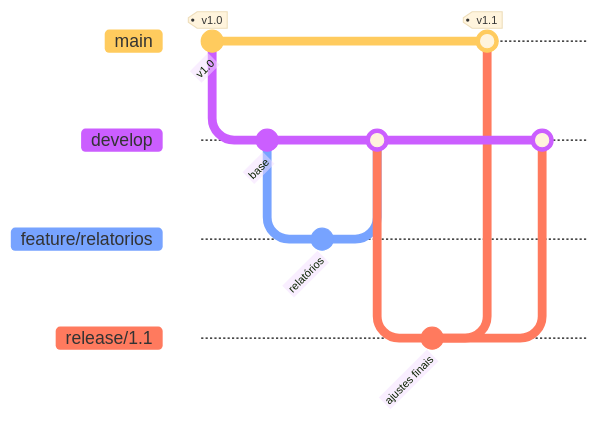
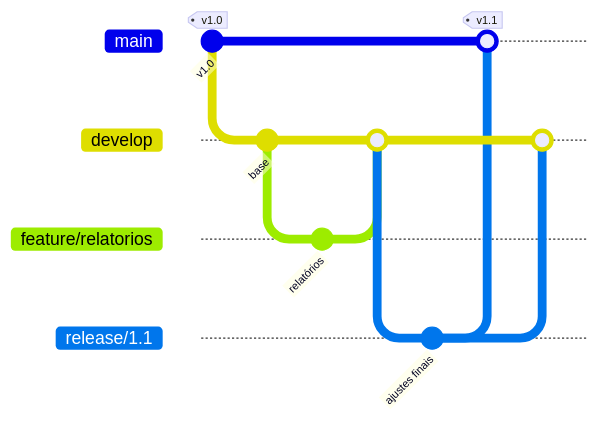
One commit to josenaldo/codex-technomanticus changed the second of 2 diagrams in 03-Dominios/Tecnologia/Controle de Versão/N2 - Colaborar/13 - Estratégias de branching.md. Above: the diagram before and after it, drawn with Mermaid. The commit also changed other lines of this file and 1181 other files, not shown here.

First line of the commit message:
fix(diagramas): paleta do sistema no lugar de cor cravada no markdown

````diff
--- a/03-Dominios/Tecnologia/Controle de Versão/N2 - Colaborar/13 - Estratégias de branching.md
+++ b/03-Dominios/Tecnologia/Controle de Versão/N2 - Colaborar/13 - Estratégias de branching.md
@@ -68,17 +67,16 @@
 ```mermaid
-%%{init: {"theme": "base"}}%%
 gitGraph
    commit id: "v1.0" tag: "v1.0"
    branch develop
    commit id: "base"
    branch feature/relatorios
    commit id: "relatórios"
    checkout develop
    merge feature/relatorios
    branch release/1.1
    commit id: "ajustes finais"
    checkout main
    merge release/1.1 tag: "v1.1"
    checkout develop
    merge release/1.1
 ```
````
